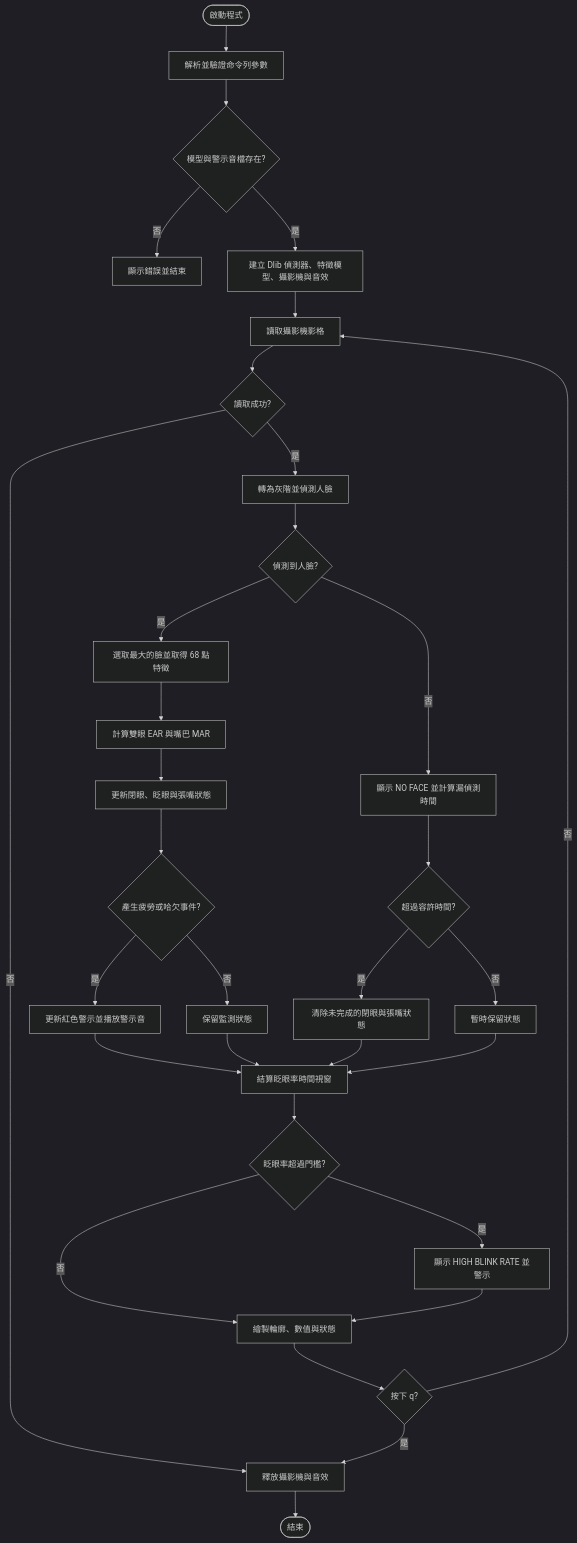
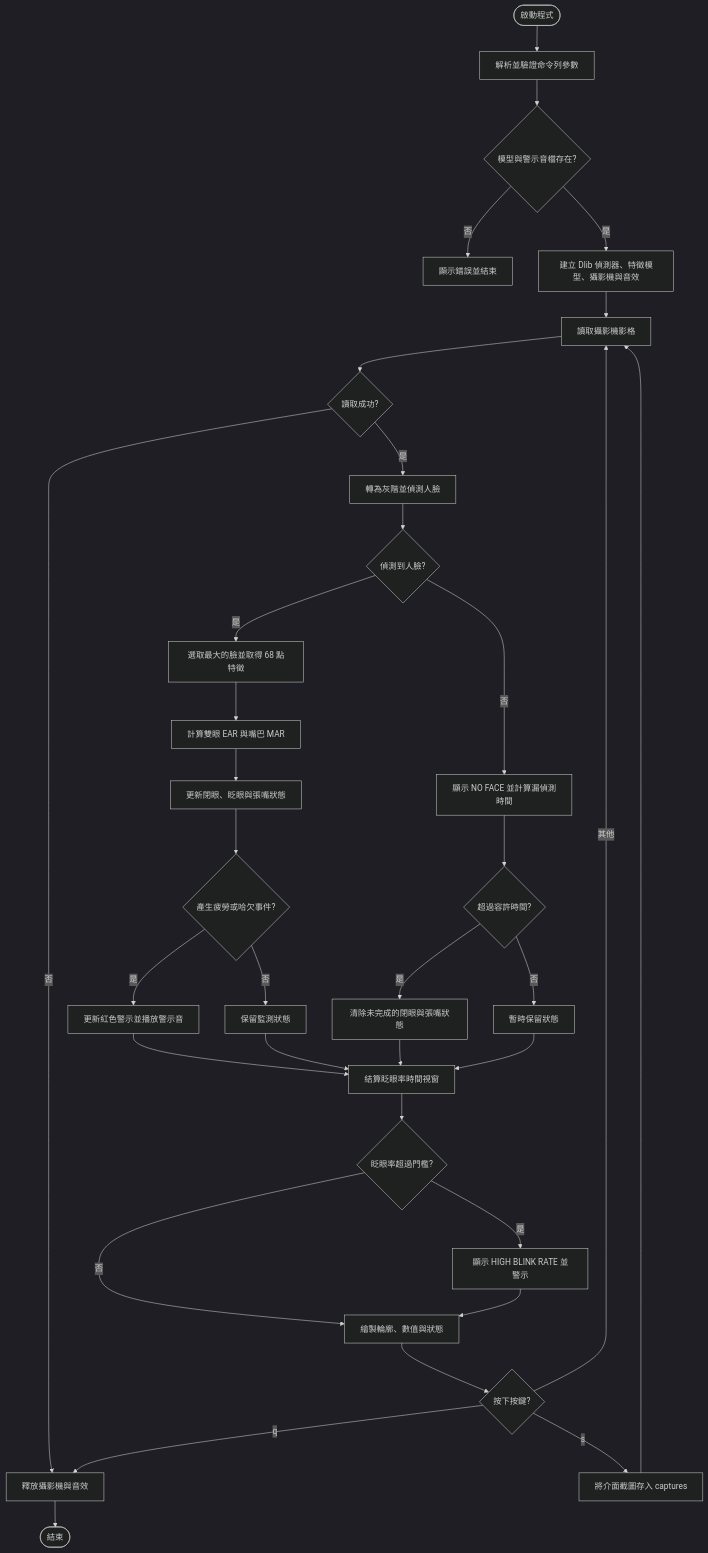
The diagram in README.md (s960137/driver-drowsiness-detection), drawn with Mermaid (dark theme) before and after one commit. The commit also changed other lines of this file and 3 other files, not shown here.

````diff
--- a/README.md
+++ b/README.md
@@ -38,34 +38,36 @@
 ```mermaid
 flowchart TD
     A([啟動程式]) --> B[解析並驗證命令列參數]
     B --> C{模型與警示音檔存在?}
     C -- 否 --> X[顯示錯誤並結束]
     C -- 是 --> D[建立 Dlib 偵測器、特徵模型、攝影機與音效]
     D --> E[讀取攝影機影格]
     E --> F{讀取成功?}
     F -- 否 --> Y[釋放攝影機與音效]
     F -- 是 --> G[轉為灰階並偵測人臉]
     G --> H{偵測到人臉?}
     H -- 是 --> I[選取最大的臉並取得 68 點特徵]
     I --> J[計算雙眼 EAR 與嘴巴 MAR]
     J --> K[更新閉眼、眨眼與張嘴狀態]
     K --> L{產生疲勞或哈欠事件?}
     L -- 是 --> M[更新紅色警示並播放警示音]
     L -- 否 --> N[保留監測狀態]
     H -- 否 --> O[顯示 NO FACE 並計算漏偵測時間]
     O --> P{超過容許時間?}
     P -- 是 --> Q[清除未完成的閉眼與張嘴狀態]
     P -- 否 --> R[暫時保留狀態]
     M --> S[結算眨眼率時間視窗]
     N --> S
     Q --> S
     R --> S
     S --> T{眨眼率超過門檻?}
     T -- 是 --> U[顯示 HIGH BLINK RATE 並警示]
     T -- 否 --> V[繪製輪廓、數值與狀態]
     U --> V
-    V --> W{按下 q?}
-    W -- 否 --> E
-    W -- 是 --> Y
+    V --> W{按下按鍵?}
+    W -- s --> AA[將介面截圖存入 captures]
+    AA --> E
+    W -- q --> Y
+    W -- 其他 --> E
     Y --> Z([結束])
 ```
````
